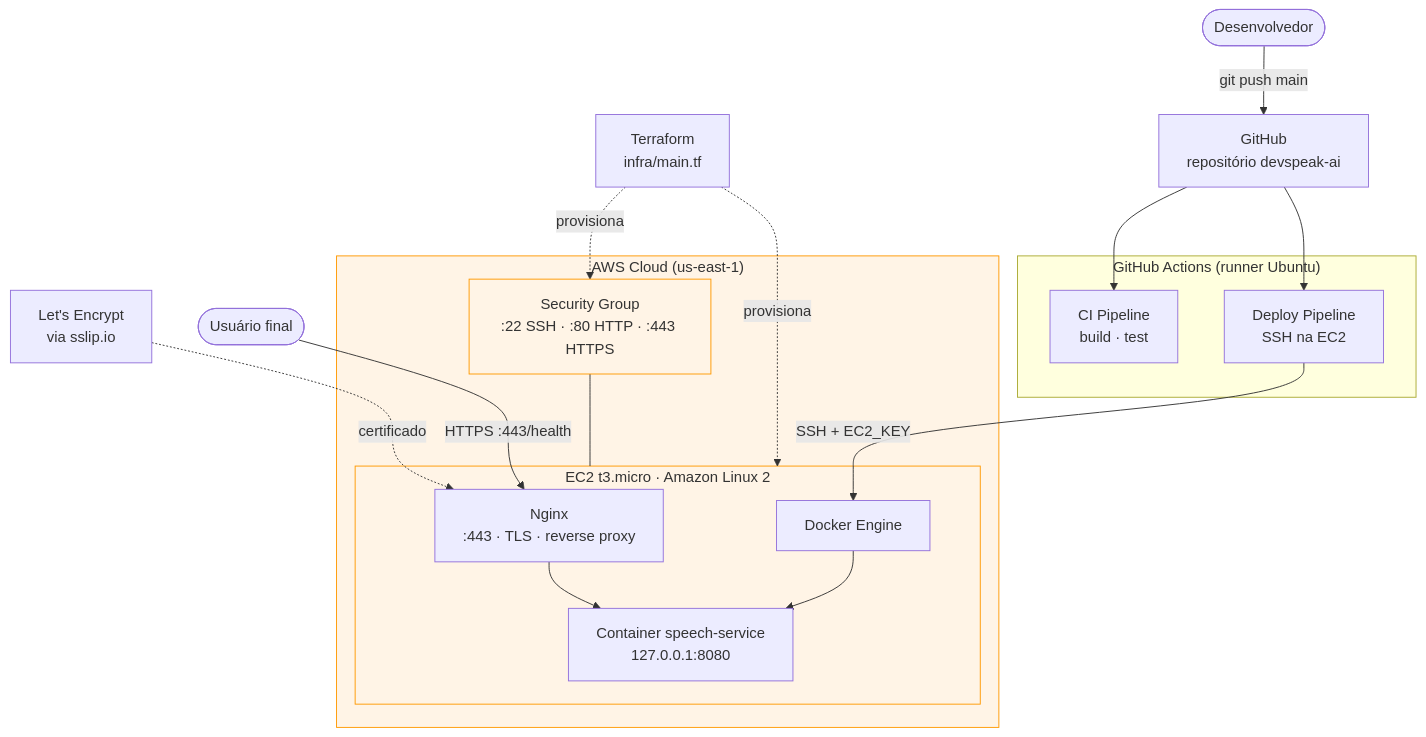
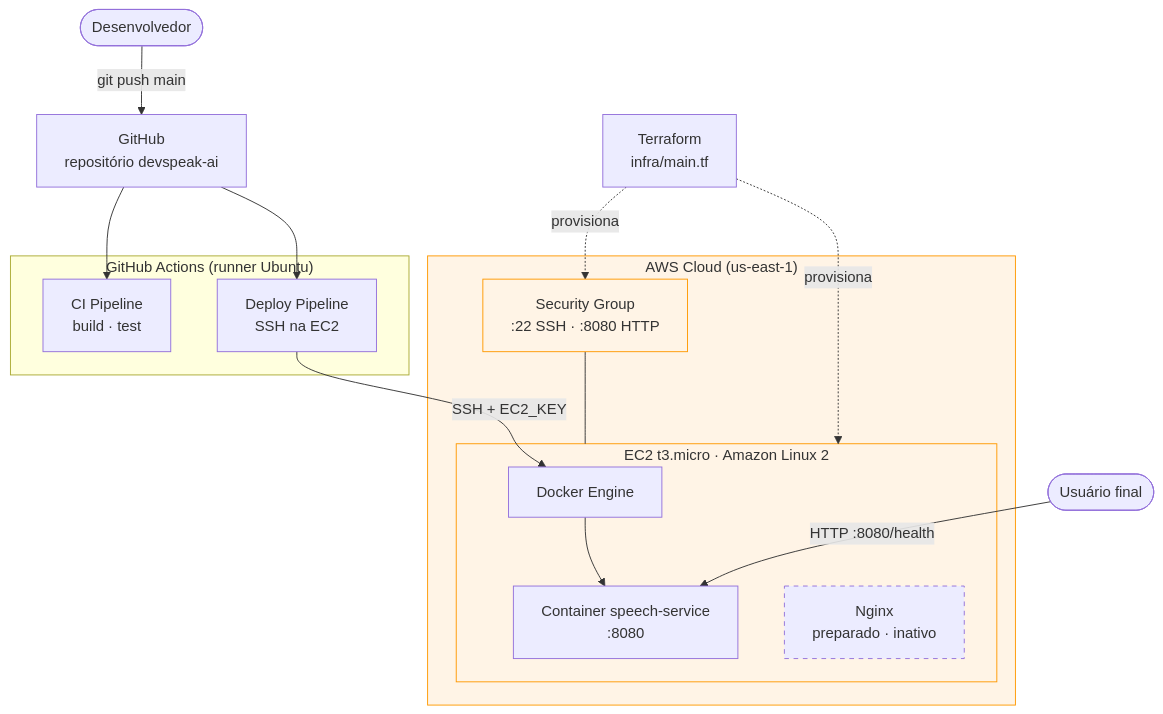
Before and after one commit to Dudainfinity/devspeak-ai: the second of 4 diagrams in docs/architecture.md, drawn with Mermaid. The commit also changed 2 other files, not shown here.

Commit message:
Revert container bind to 0.0.0.0:8080 until custom domain is available
Nginx + Let's Encrypt config kept in infra/ for future activation.
sslip.io hit the Let's Encrypt per-registered-domain rate limit, so
HTTPS rollout waits until a real domain is registered.

````diff
--- a/docs/architecture.md
+++ b/docs/architecture.md
@@ -45,38 +45,37 @@
 ```mermaid
 graph TB
     Dev([Desenvolvedor])
     GH[GitHub<br/>repositório devspeak-ai]
 
     subgraph Actions["GitHub Actions (runner Ubuntu)"]
         CI[CI Pipeline<br/>build · test]
         CD[Deploy Pipeline<br/>SSH na EC2]
     end
 
     subgraph AWS["AWS Cloud (us-east-1)"]
-        SG[Security Group<br/>:22 SSH · :80 HTTP · :443 HTTPS]
+        SG[Security Group<br/>:22 SSH · :8080 HTTP]
         subgraph EC2["EC2 t3.micro · Amazon Linux 2"]
-            Nginx[Nginx<br/>:443 · TLS · reverse proxy]
             Docker[Docker Engine]
-            Container[Container speech-service<br/>127.0.0.1:8080]
-            Nginx --> Container
+            Container[Container speech-service<br/>:8080]
+            Nginx[Nginx<br/>preparado · inativo]
             Docker --> Container
         end
         SG --- EC2
     end
 
     TF[Terraform<br/>infra/main.tf]
-    LE[Let's Encrypt<br/>via sslip.io]
     EndUser([Usuário final])
 
     Dev -->|git push main| GH
     GH --> CI
     GH --> CD
     CD -->|SSH + EC2_KEY| Docker
     TF -.->|provisiona| EC2
     TF -.->|provisiona| SG
-    LE -.->|certificado| Nginx
-    EndUser -->|HTTPS :443/health| Nginx
+    EndUser -->|HTTP :8080/health| Container
+
+    style Nginx stroke-dasharray: 5 5
 
     classDef cloud fill:#fff4e6,stroke:#ff9900
     class AWS,EC2,SG cloud
 ```
````
